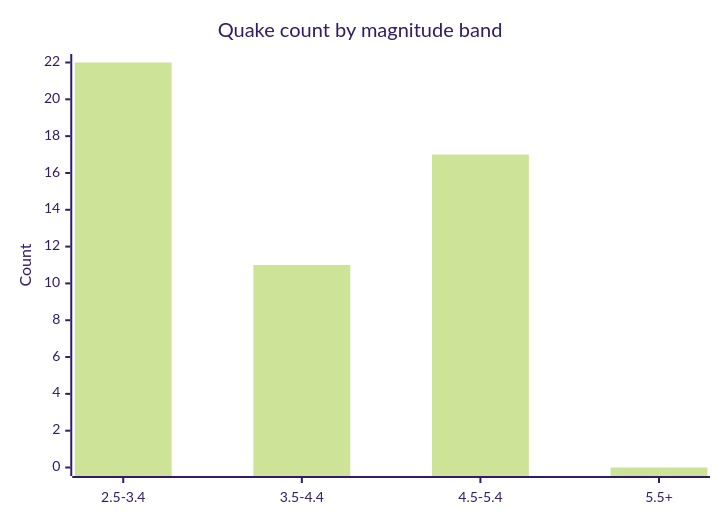
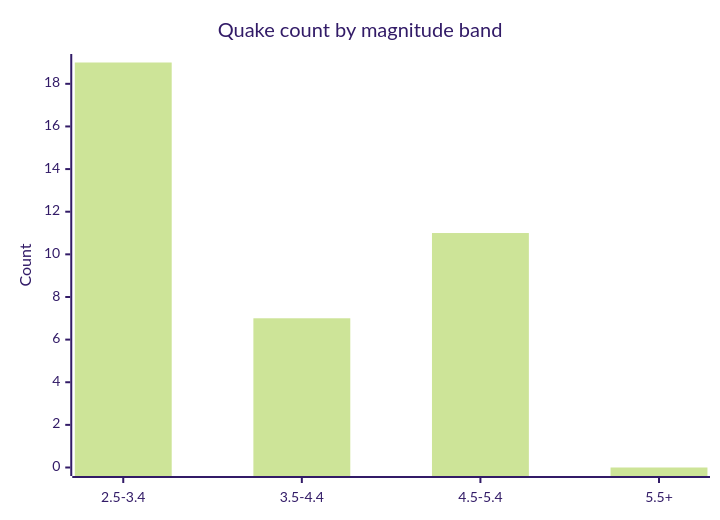
Before and after one commit to Midwest-Stratospheric/aerostratospheric-defense-gir: the fifth of 6 diagrams in docs/GRAPHS.md, drawn with Mermaid (forest theme). The commit also changed other lines of this file and 24 other files, not shown here.

````diff
--- a/docs/GRAPHS.md
+++ b/docs/GRAPHS.md
@@ -82,7 +82,7 @@
 ```mermaid
 xychart-beta
   title "Quake count by magnitude band"
   x-axis ["2.5-3.4", "3.5-4.4", "4.5-5.4", "5.5+"]
-  y-axis "Count" 0 --> 22
-  bar [22, 11, 17, 0]
+  y-axis "Count" 0 --> 19
+  bar [19, 7, 11, 0]
 ```
````
